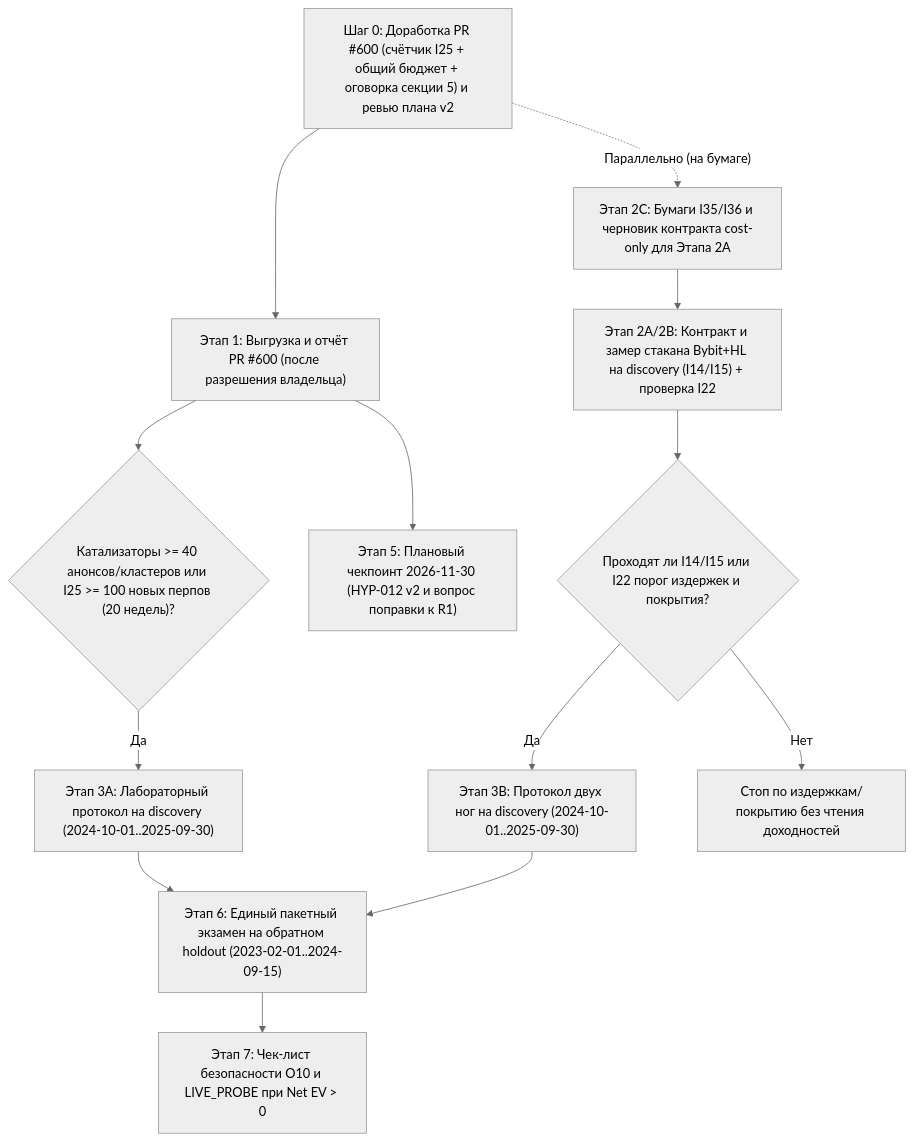
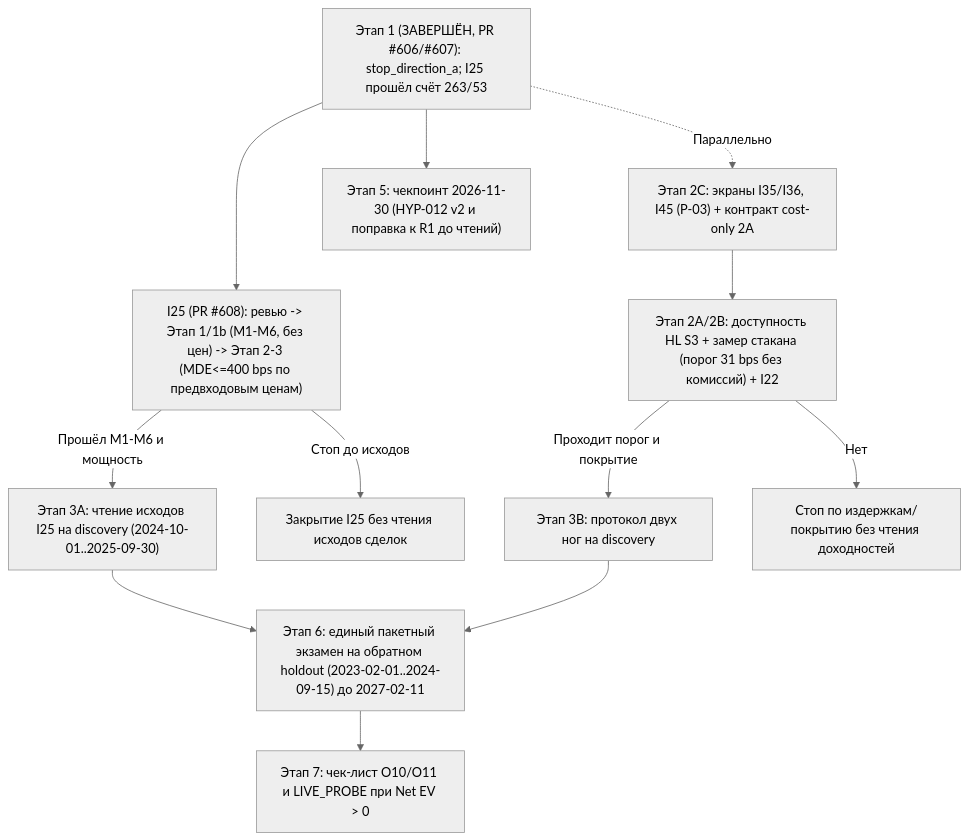
One commit to mavlevich/schurfer changed the diagram in docs/consilium/plan.md. Above: the diagram before and after it, drawn with Mermaid (neutral theme). The commit also changed other lines of this file and 2 other files, not shown here.

````diff
--- a/docs/consilium/plan.md
+++ b/docs/consilium/plan.md
@@ -76,15 +84,14 @@
 ```mermaid
 flowchart TD
-    S0["Шаг 0: Доработка PR #600 (счётчик I25 + общий бюджет + оговорка секции 5) и ревью плана v2"] --> S1["Этап 1: Выгрузка и отчёт PR #600 (после разрешения владельца)"]
-    S0 -. "Параллельно (на бумаге)" .-> S2C["Этап 2C: Бумаги I35/I36 и черновик контракта cost-only для Этапа 2A"]
-    S1 --> G1{"Катализаторы >= 40 анонсов/кластеров или I25 >= 100 новых перпов (20 недель)?"}
-    G1 -- "Да" --> S3A["Этап 3A: Лабораторный протокол на discovery (2024-10-01..2025-09-30)"]
-    S2C --> S2["Этап 2A/2B: Контракт и замер стакана Bybit+HL на discovery (I14/I15) + проверка I22"]
-    S2 --> G2{"Проходят ли I14/I15 или I22 порог издержек и покрытия?"}
-    G2 -- "Да" --> S3B["Этап 3B: Протокол двух ног на discovery (2024-10-01..2025-09-30)"]
-    G2 -- "Нет" --> STOP2["Стоп по издержкам/покрытию без чтения доходностей"]
-    S1 --> S5["Этап 5: Плановый чекпоинт 2026-11-30 (HYP-012 v2 и вопрос поправки к R1)"]
-    S3A --> S6["Этап 6: Единый пакетный экзамен на обратном holdout (2023-02-01..2024-09-15)"]
+    S1["Этап 1 (ЗАВЕРШЁН, PR #606/#607): stop_direction_a; I25 прошёл счёт 263/53"] --> S2I25["I25 (PR #608): ревью -> Этап 1/1b (M1-M6, без цен) -> Этап 2-3 (MDE<=400 bps по предвходовым ценам)"]
+    S2I25 -- "Прошёл M1-M6 и мощность" --> S3A["Этап 3A: чтение исходов I25 на discovery (2024-10-01..2025-09-30)"]
+    S2I25 -- "Стоп до исходов" --> STOP1["Закрытие I25 без чтения исходов сделок"]
+    S1 -. "Параллельно" .-> S2C["Этап 2C: экраны I35/I36, I45 (P-03) + контракт cost-only 2A"]
+    S2C --> S2["Этап 2A/2B: доступность HL S3 + замер стакана (порог 31 bps без комиссий) + I22"]
+    S2 -- "Проходит порог и покрытие" --> S3B["Этап 3B: протокол двух ног на discovery"]
+    S2 -- "Нет" --> STOP2["Стоп по издержкам/покрытию без чтения доходностей"]
+    S1 --> S5["Этап 5: чекпоинт 2026-11-30 (HYP-012 v2 и поправка к R1 до чтений)"]
+    S3A --> S6["Этап 6: единый пакетный экзамен на обратном holdout (2023-02-01..2024-09-15) до 2027-02-11"]
     S3B --> S6
-    S6 --> S7["Этап 7: Чек-лист безопасности O10 и LIVE_PROBE при Net EV > 0"]
+    S6 --> S7["Этап 7: чек-лист O10/O11 и LIVE_PROBE при Net EV > 0"]
 ```
````
